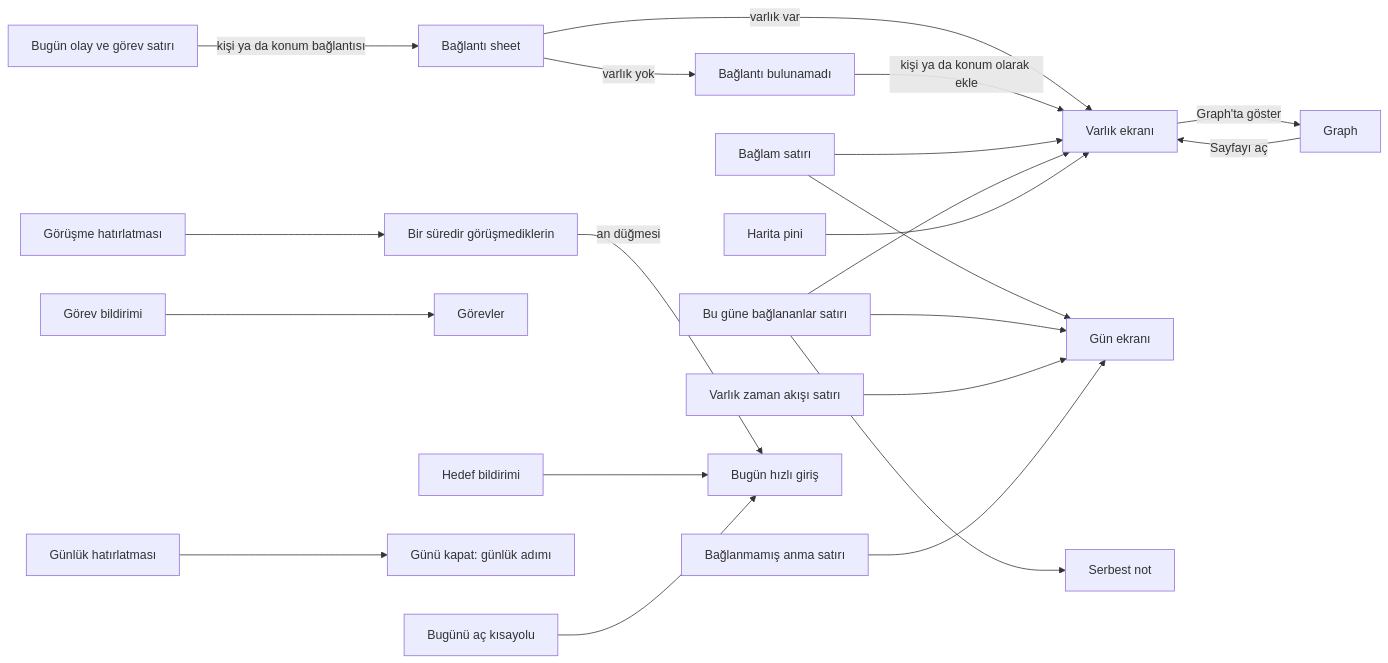
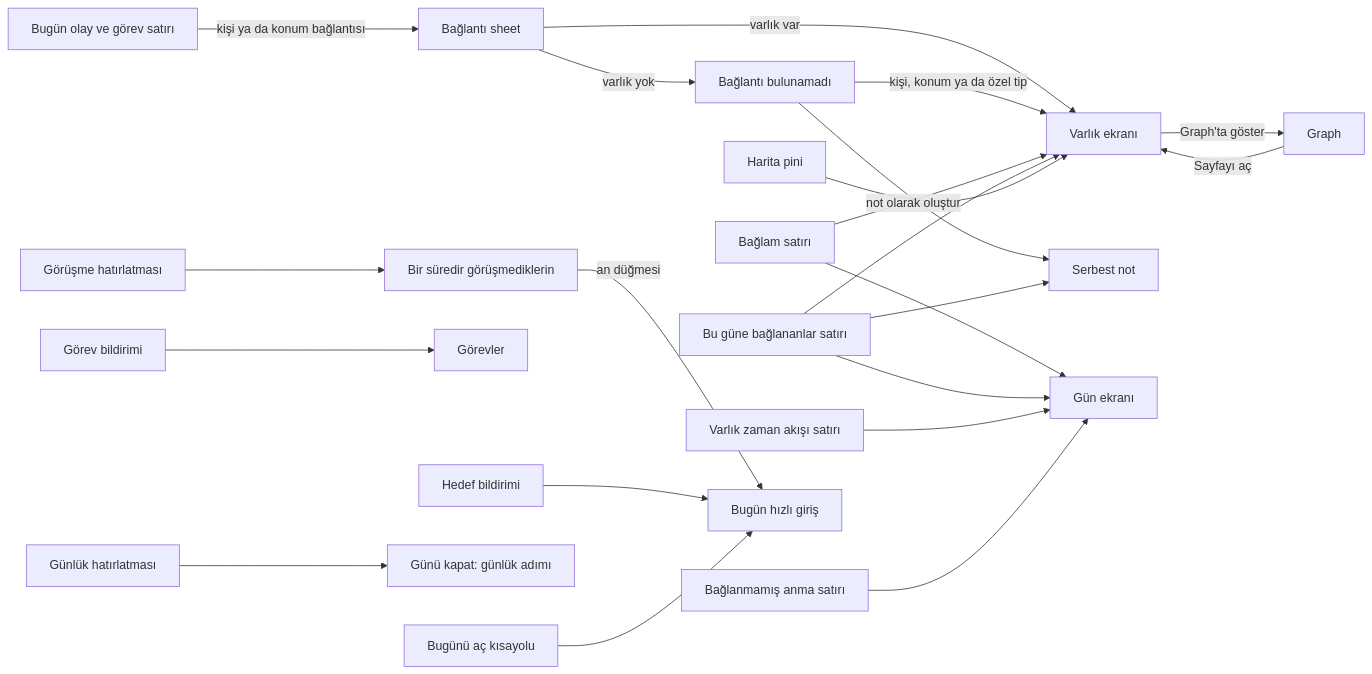
One commit to dogancanyildiz/kenet changed the third of 19 diagrams in docs/screens.md. Above: the diagram before and after it, drawn with Mermaid. The commit also changed other lines of this file and 3 other files, not shown here.

````diff
--- a/docs/screens.md
+++ b/docs/screens.md
@@ -140,23 +140,24 @@
 ```mermaid
 flowchart LR
     OlaySatiri[Bugün olay ve görev satırı] -->|kişi ya da konum bağlantısı| BaglantiSheet[Bağlantı sheet]
     BaglantiSheet -->|varlık var| VarlikEkrani[Varlık ekranı]
     BaglantiSheet -->|varlık yok| Bulunamadi[Bağlantı bulunamadı]
-    Bulunamadi -->|kişi ya da konum olarak ekle| VarlikEkrani
+    Bulunamadi -->|kişi, konum ya da özel tip| VarlikEkrani
+    Bulunamadi -->|not olarak oluştur| NotEkrani
     Baglam[Bağlam satırı] --> GunEkrani[Gün ekranı]
     Baglam --> VarlikEkrani
     Gelenler[Bu güne bağlananlar satırı] --> GunEkrani
     Gelenler --> VarlikEkrani
     Gelenler --> NotEkrani[Serbest not]
     ZamanAkisi[Varlık zaman akışı satırı] --> GunEkrani
     Anma[Bağlanmamış anma satırı] --> GunEkrani
     VarlikEkrani -->|Graph'ta göster| Graph[Graph]
     Graph -->|Sayfayı aç| VarlikEkrani
     Harita[Harita pini] --> VarlikEkrani
     Gorusulmeyen[Bir süredir görüşmediklerin] -->|an düğmesi| Bugun[Bugün hızlı giriş]
     BildirimGorev[Görev bildirimi] --> Gorevler[Görevler]
     BildirimHedef[Hedef bildirimi] --> Bugun
     BildirimGunluk[Günlük hatırlatması] --> GunuKapat[Günü kapat: günlük adımı]
     BildirimGorusme[Görüşme hatırlatması] --> Gorusulmeyen
     Siri[Bugünü aç kısayolu] --> Bugun
 ```
````
